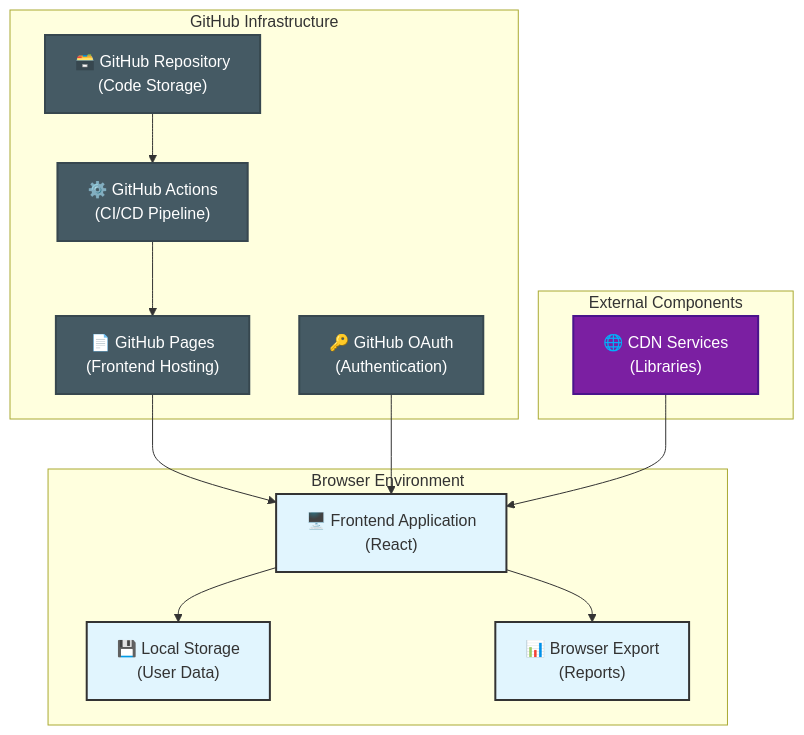
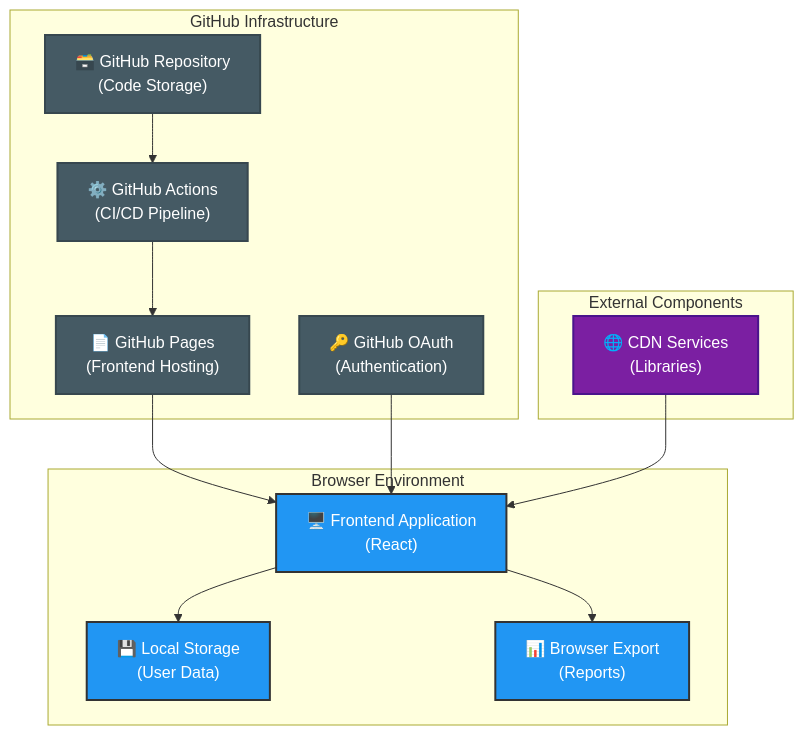
One commit to Hack23/cia-compliance-manager changed the third of 33 diagrams in docs/architecture/BCPPlan.md. Above: the diagram before and after it, drawn with Mermaid. The commit also changed other lines of this file and 18 other files, not shown here.

````diff
--- a/docs/architecture/BCPPlan.md
+++ b/docs/architecture/BCPPlan.md
@@ -189,35 +189,35 @@
 ```mermaid
 flowchart TB
     subgraph "GitHub Infrastructure"
         GHP["📄 GitHub Pages\n(Frontend Hosting)"]
         GHR["🗃️ GitHub Repository\n(Code Storage)"]
         GHA["⚙️ GitHub Actions\n(CI/CD Pipeline)"]
         GHO["🔑 GitHub OAuth\n(Authentication)"]
     end
 
     subgraph "Browser Environment"
         FE["🖥️ Frontend Application\n(React)"]
         LS["💾 Local Storage\n(User Data)"]
         BEX["📊 Browser Export\n(Reports)"]
     end
 
     subgraph "External Components"
         CDN["🌐 CDN Services\n(Libraries)"]
     end
 
     GHR --> GHA
     GHA --> GHP
     GHP --> FE
     GHO --> FE
     FE --> LS
     FE --> BEX
     CDN --> FE
 
     classDef github fill:#455A64,stroke:#37474F,stroke-width:2px,color:#ffffff
-    classDef browser fill:#e1f5fe,stroke:#333,stroke-width:2px;
+    classDef browser fill:#2196F3,stroke:#1565C0,stroke-width:2px,color:#ffffff,stroke:#333,stroke-width:2px;
     classDef external fill:#7B1FA2,stroke:#4A148C,stroke-width:2px,color:#ffffff
 
     class GHP,GHR,GHA,GHO github;
     class FE,LS,BEX browser;
     class CDN external;
 ```
````
